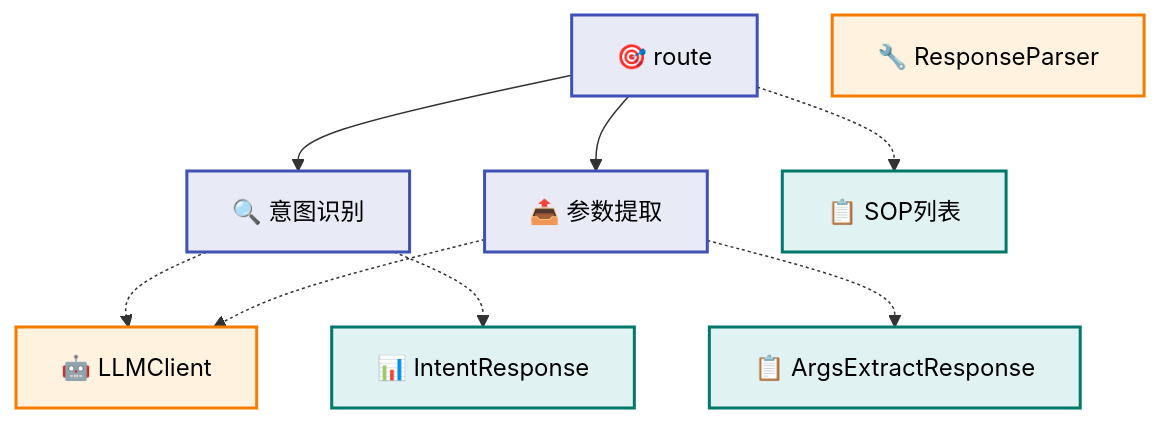
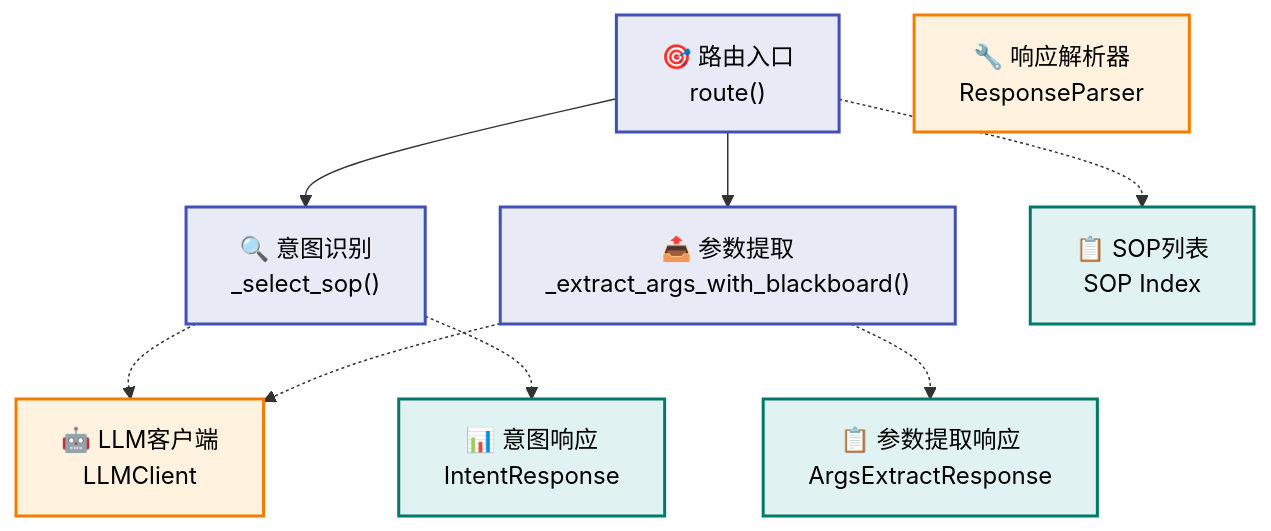
The third of 6 diagrams in README.md (0mao0/AnGIneer), drawn with Mermaid before and after one commit. The commit also changed other lines of this file, not shown here.

Commit message:
v0.0.22 docs: 更新README中的流程图中文标签和函数说明 重点修改TableLookup，可能换为LLM模式以适应规范中各式各样的表格样式

````diff
--- a/README.md
+++ b/README.md
@@ -114,32 +114,32 @@
 ```mermaid
 flowchart TD
     %% 样式定义
     classDef main fill:#e8eaf6,stroke:#3f51b5,stroke-width:2px,color:#000
     classDef data fill:#e0f2f1,stroke:#00796b,stroke-width:2px,color:#000
     classDef infra fill:#fff3e0,stroke:#f57c00,stroke-width:2px,color:#000
-    
+
     %% 主流程
-    C_ROUTE["🎯 route"] --> C_SELECT["🔍 意图识别"]
-    C_ROUTE --> C_EXTRACT["📤 参数提取"]
-    
+    C_ROUTE["🎯 路由入口<br>route()"] --> C_SELECT["🔍 意图识别<br>_select_sop()"]
+    C_ROUTE --> C_EXTRACT["📤 参数提取<br>_extract_args_with_blackboard()"]
+
     %% 数据模型
-    C_SOP_LIST["📋 SOP列表"]
-    C_INTENT_RESP["📊 IntentResponse"]
-    C_ARGS_RESP["📋 ArgsExtractResponse"]
-    
+    C_SOP_LIST["📋 SOP列表<br>SOP Index"]
+    C_INTENT_RESP["📊 意图响应<br>IntentResponse"]
+    C_ARGS_RESP["📋 参数提取响应<br>ArgsExtractResponse"]
+
     %% 基础设施
-    C_LLM["🤖 LLMClient"]
-    C_PARSER["🔧 ResponseParser"]
-    
+    C_LLM["🤖 LLM客户端<br>LLMClient"]
+    C_PARSER["🔧 响应解析器<br>ResponseParser"]
+
     %% 连接
     C_SELECT -.-> C_LLM
     C_EXTRACT -.-> C_LLM
     C_SELECT -.-> C_INTENT_RESP
     C_EXTRACT -.-> C_ARGS_RESP
     C_ROUTE -.-> C_SOP_LIST
-    
+
     %% 样式
     class C_ROUTE,C_SELECT,C_EXTRACT main
     class C_SOP_LIST,C_INTENT_RESP,C_ARGS_RESP data
     class C_LLM,C_PARSER infra
 ```
````
